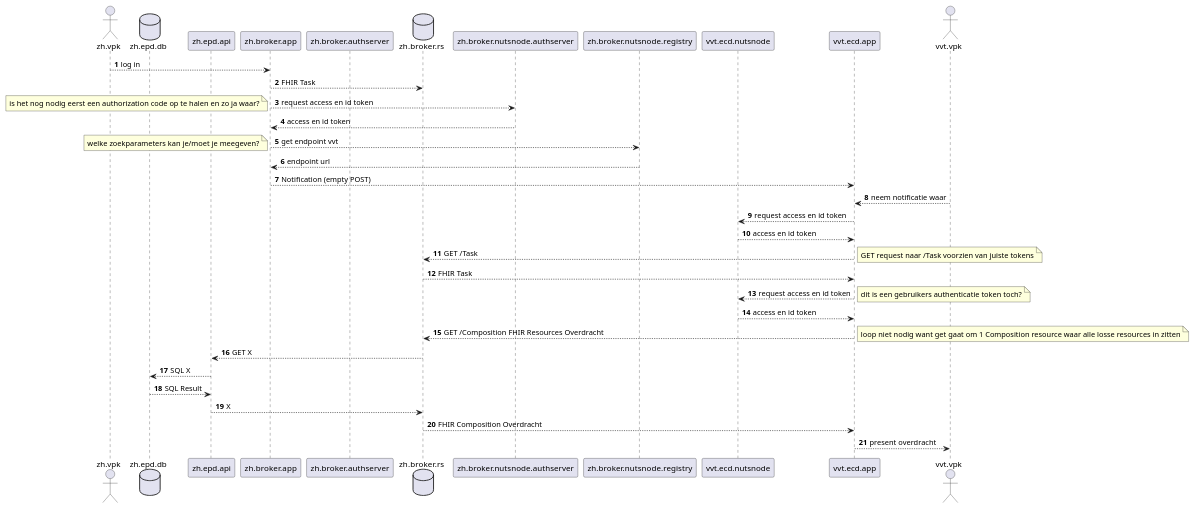
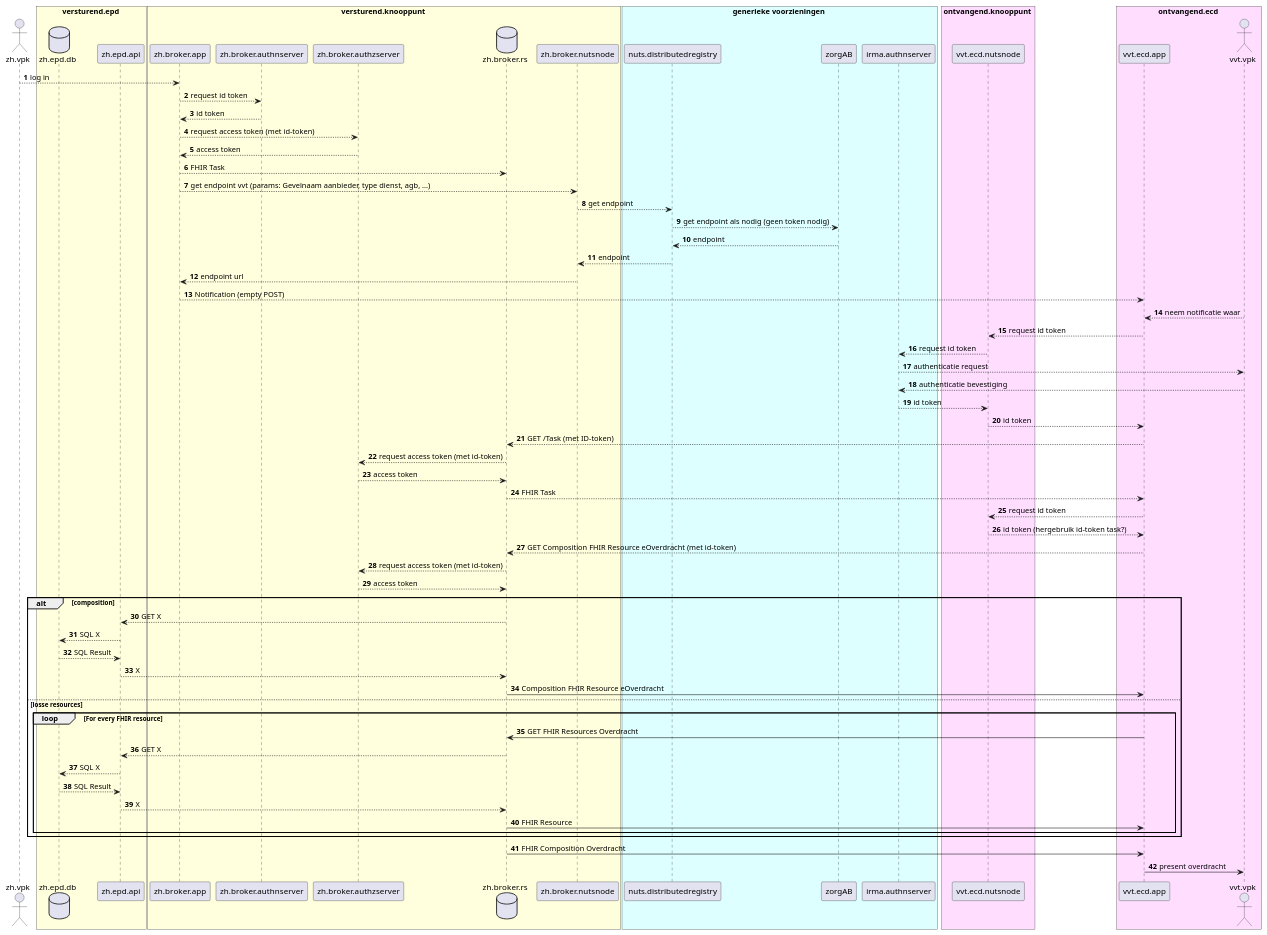
The diagram in sequentiediagram_zh_naar_vvt.puml (jorritspee/sequence-diagrams-eoverdracht), drawn with PlantUML before and after one commit. The commit also changed 1 other file, not shown here.

Commit message:
nav overleg met Wouter Tesink aangepast

```diff
--- a/sequentiediagram_zh_naar_vvt.puml
+++ b/sequentiediagram_zh_naar_vvt.puml
@@ -1,42 +1,79 @@
 @startuml
 autonumber
 actor zh.vpk
+box versturend.epd #FFFFDD
 database zh.epd.db
 participant zh.epd.api
+end box
+box versturend.knooppunt #FFFFDD
 participant zh.broker.app
-participant zh.broker.authserver
+participant zh.broker.authnserver
+participant zh.broker.authzserver
 database zh.broker.rs
-participant zh.broker.nutsnode.authserver
-participant zh.broker.nutsnode.registry
+participant zh.broker.nutsnode
+end box
+
+box generieke voorzieningen #DDFFFF
+participant nuts.distributedregistry
+participant zorgAB
+participant irma.authnserver
+end box
+
+box ontvangend.knooppunt #FFDDFF
 participant vvt.ecd.nutsnode
+end box
+box ontvangend.ecd #FFDDFF
 participant vvt.ecd.app
 actor vvt.vpk
+end box
 
 zh.vpk --> zh.broker.app: log in
+zh.broker.app --> zh.broker.authnserver: request id token 
+zh.broker.app <-- zh.broker.authnserver: id token
+zh.broker.app --> zh.broker.authzserver: request access token (met id-token)
+zh.broker.app <-- zh.broker.authzserver: access token
 zh.broker.app --> zh.broker.rs: FHIR Task 
-zh.broker.app --> zh.broker.nutsnode.authserver: request access en id token 
-note left: is het nog nodig eerst een authorization code op te halen en zo ja waar?
-zh.broker.app <-- zh.broker.nutsnode.authserver: access en id token
-zh.broker.app --> zh.broker.nutsnode.registry: get endpoint vvt
-note left: welke zoekparameters kan je/moet je meegeven? 
-zh.broker.app <-- zh.broker.nutsnode.registry: endpoint url
+zh.broker.app --> zh.broker.nutsnode: get endpoint vvt (params: Gevelnaam aanbieder, type dienst, agb, ...)
+zh.broker.nutsnode --> nuts.distributedregistry: get endpoint 
+nuts.distributedregistry --> zorgAB: get endpoint als nodig (geen token nodig)
+nuts.distributedregistry <-- zorgAB: endpoint
+nuts.distributedregistry --> zh.broker.nutsnode: endpoint
+zh.broker.app <-- zh.broker.nutsnode: endpoint url
 zh.broker.app --> vvt.ecd.app: Notification (empty POST)
 
 vvt.ecd.app <-- vvt.vpk: neem notificatie waar
-vvt.ecd.nutsnode <-- vvt.ecd.app: request access en id token 
-vvt.ecd.nutsnode --> vvt.ecd.app: access en id token
-zh.broker.rs <-- vvt.ecd.app: GET /Task 
-note right: GET request naar /Task voorzien van juiste tokens
+vvt.ecd.nutsnode <-- vvt.ecd.app: request id token
+vvt.ecd.nutsnode --> irma.authnserver: request id token
+irma.authnserver --> vvt.vpk: authenticatie request
+irma.authnserver <-- vvt.vpk: authenticatie bevestiging
+vvt.ecd.nutsnode <-- irma.authnserver: id token
+vvt.ecd.nutsnode --> vvt.ecd.app: id token
+zh.broker.rs <-- vvt.ecd.app: GET /Task (met ID-token)
+zh.broker.rs --> zh.broker.authzserver: request access token (met id-token)
+zh.broker.rs <-- zh.broker.authzserver: access token
 zh.broker.rs --> vvt.ecd.app: FHIR Task
-vvt.ecd.nutsnode <-- vvt.ecd.app: request access en id token 
-note right: dit is een gebruikers authenticatie token toch?
-vvt.ecd.nutsnode --> vvt.ecd.app: access en id token
-zh.broker.rs <-- vvt.ecd.app: GET /Composition FHIR Resources Overdracht 
-note right: loop niet nodig want get gaat om 1 Composition resource waar alle losse resources in zitten
-zh.broker.rs --> zh.epd.api: GET X
-zh.epd.api --> zh.epd.db: SQL X
-zh.epd.api <-- zh.epd.db: SQL Result
-zh.broker.rs <-- zh.epd.api: X
-zh.broker.rs --> vvt.ecd.app: FHIR Composition Overdracht
-vvt.ecd.app --> vvt.vpk: present overdracht
+vvt.ecd.nutsnode <-- vvt.ecd.app: request id token 
+vvt.ecd.nutsnode --> vvt.ecd.app: id token (hergebruik id-token task?)
+vvt.ecd.app --> zh.broker.rs: GET Composition FHIR Resource eOverdracht (met id-token)
+zh.broker.rs --> zh.broker.authzserver: request access token (met id-token)
+zh.broker.rs <-- zh.broker.authzserver: access token
+alt composition
+    zh.broker.rs --> zh.epd.api: GET X
+    zh.epd.api --> zh.epd.db: SQL X
+    zh.epd.api <-- zh.epd.db: SQL Result
+    zh.broker.rs <-- zh.epd.api: X
+    zh.broker.rs -> vvt.ecd.app: Composition FHIR Resource eOverdracht
+else losse resources
+    loop For every FHIR resource
+        vvt.ecd.app -> zh.broker.rs: GET FHIR Resources Overdracht
+        zh.broker.rs --> zh.epd.api: GET X
+        zh.epd.api --> zh.epd.db: SQL X
+        zh.epd.api <-- zh.epd.db: SQL Result
+        zh.broker.rs <-- zh.epd.api: X
+        zh.broker.rs -> vvt.ecd.app: FHIR Resource 
+    end
+end
+
+zh.broker.rs -> vvt.ecd.app: FHIR Composition Overdracht
+vvt.ecd.app -> vvt.vpk: present overdracht
 @enduml
```
